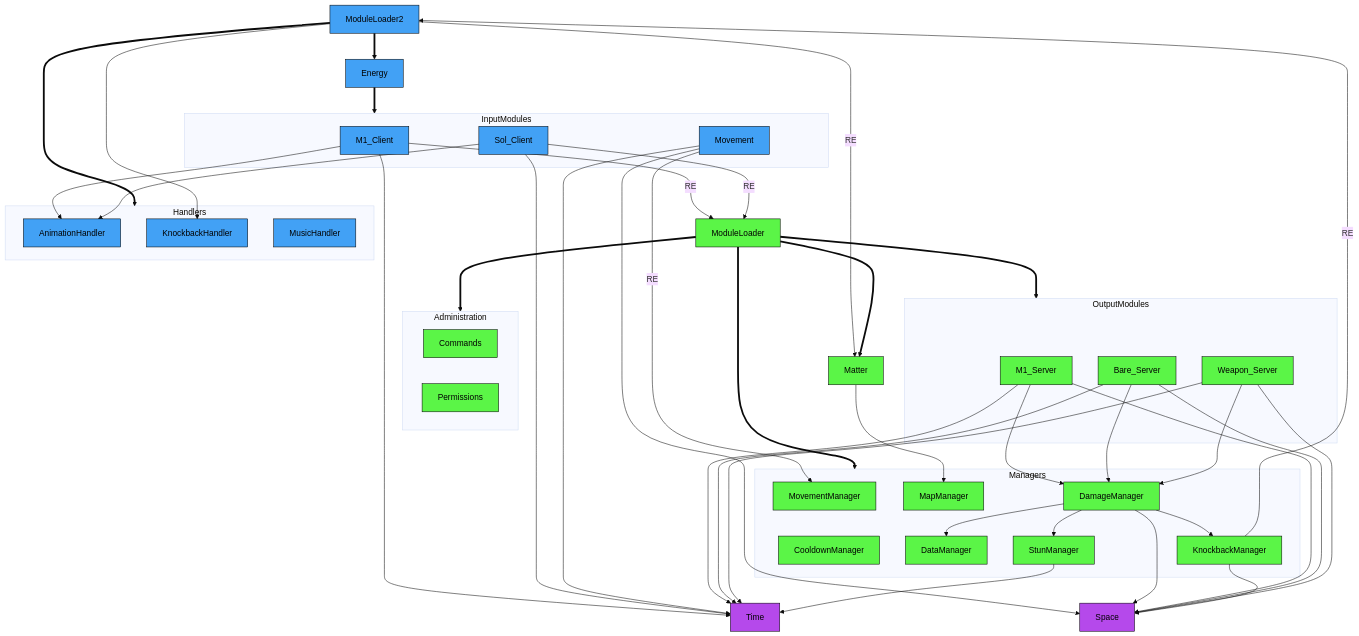
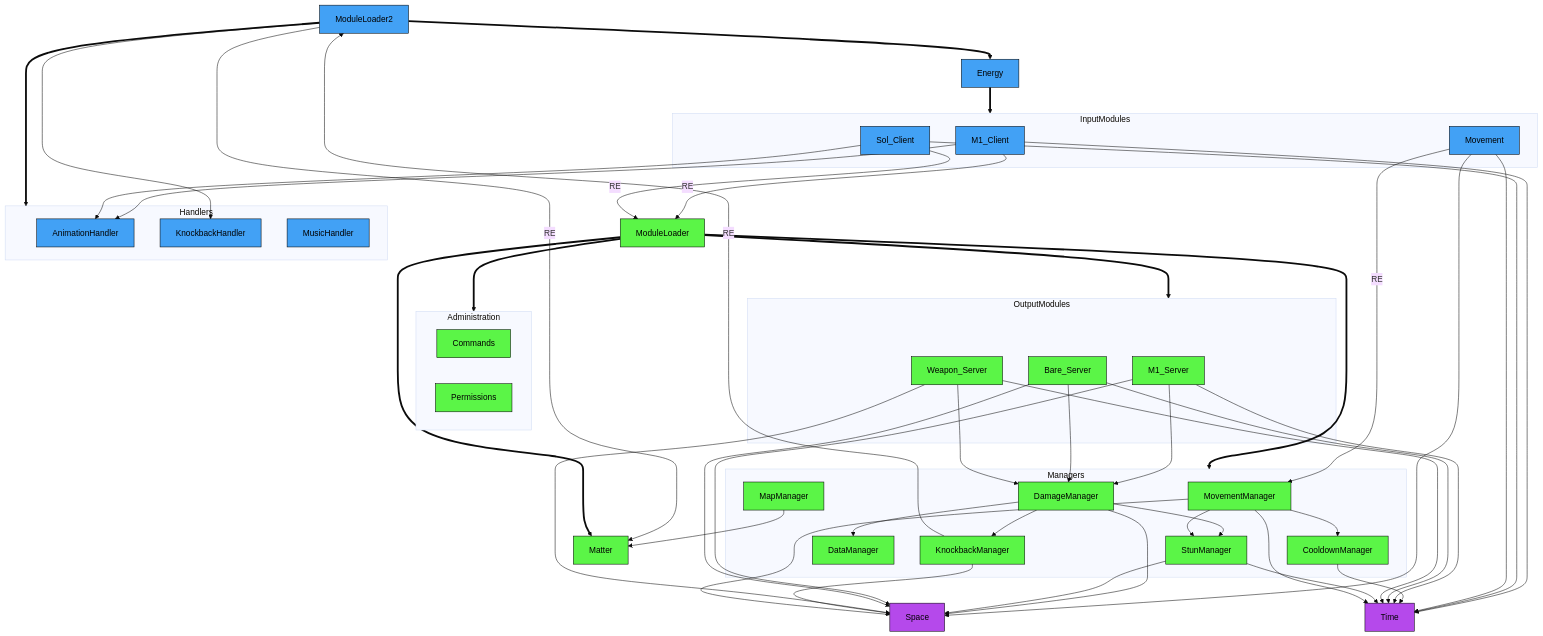
Before and after one commit to altair5607249/Crusaders-Game: the diagram in README.md, drawn with Mermaid (base theme).

```diff
--- a/README.md
+++ b/README.md
@@ -72,8 +72,8 @@
   ModuleLoader==>Administration;
   ModuleLoader==>Managers;
   ModuleLoader==>OutputModules;
-  ModuleLoader==>Matter
-  Matter-->MapManager;
+  ModuleLoader==>Matter;
+  MapManager-->Matter;
 
   subgraph Administration
     Commands;
@@ -96,6 +96,7 @@
     Weapon_Server-->DamageManager;
   end
 
+  CooldownManager-->Time;
   DamageManager-->Space;
   DamageManager-->DataManager;
   DamageManager-->KnockbackManager;
@@ -103,6 +104,7 @@
   M1_Server-->Time;
   Bare_Server-->Time;
   Weapon_Server-->Time;
+  StunManager-->Space;
   StunManager-->Time;
   M1_Server-->Space;
   Bare_Server-->Space;
@@ -110,6 +112,10 @@
   KnockbackManager-->Space;
   KnockbackManager-->|RE| ModuleLoader2;
   ModuleLoader2-->KnockbackHandler;
+  MovementManager-->Space;
+  MovementManager-->Time;
+  MovementManager-->CooldownManager;
+  MovementManager-->StunManager;
 
   class ModuleLoader,M1_Server,Bare_Server,Weapon_Server,MovementManager,Commands,Permissions,CooldownManager,DamageManager,DataManager,KnockbackManager,MapManager,MovementManager,StunManager,Matter serverNode;
   class ModuleLoader2,Energy,M1_Client,Sol_Client,Movement,AnimationHandler,KnockbackHandler,MusicHandler clientNode;
```
